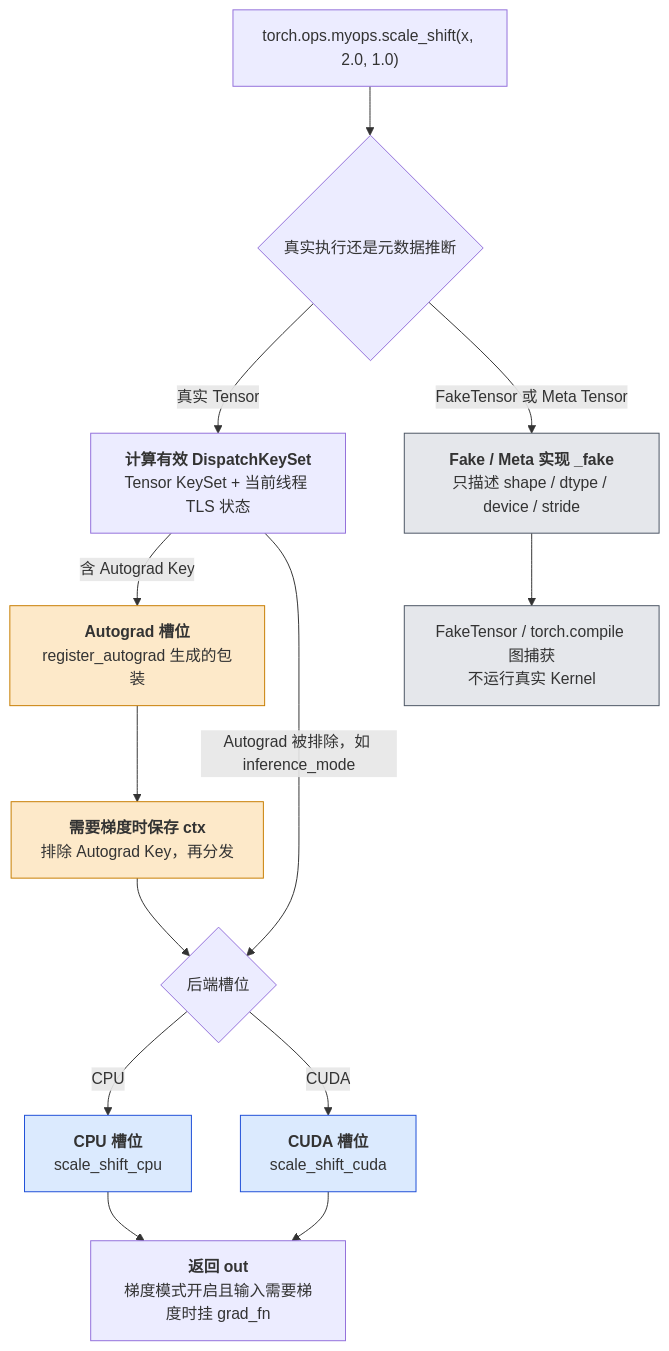
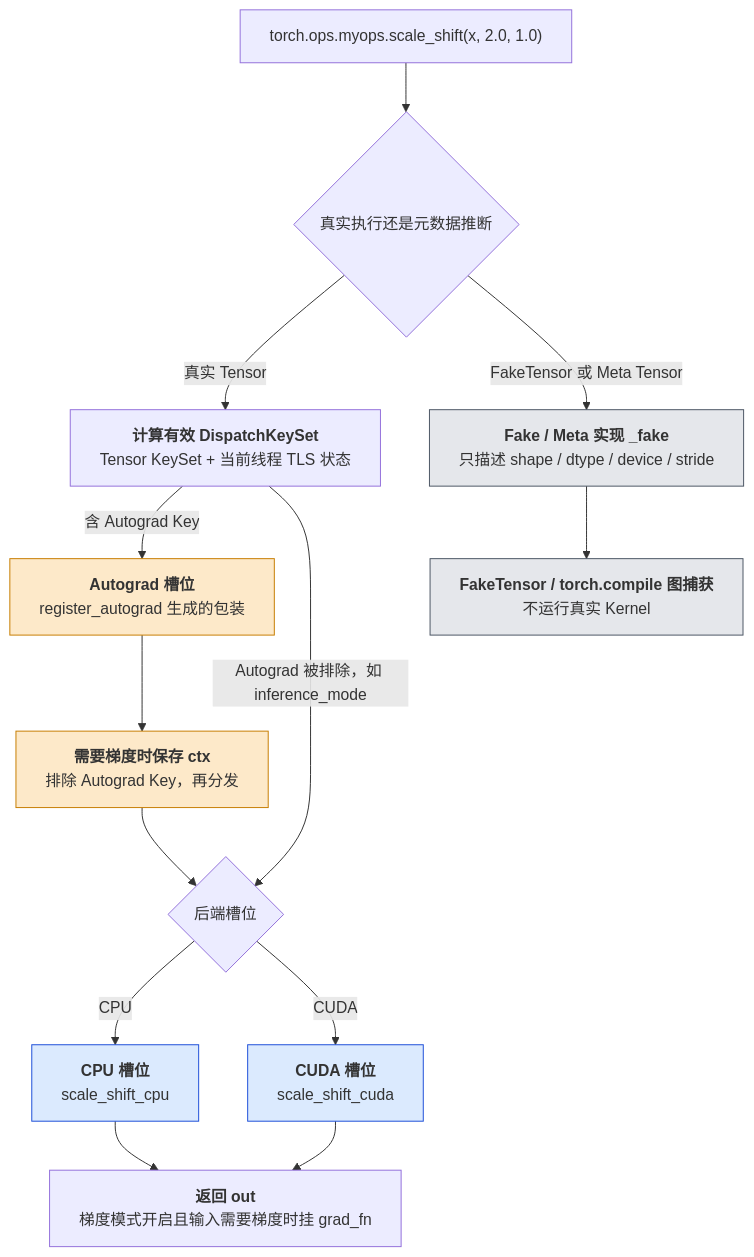
The sixth of 7 diagrams in _posts/2026-02-22-pytorch-cpp-extension-and-custom-operators.md (arganzheng/arganzheng.github.com), drawn with Mermaid before and after one commit. The commit also changed other lines of this file and 9 other files, not shown here.

First line of the commit message:
PyTorch 系列其余 9 篇：流程图方框改成「标题 + 列表」

````diff
--- a/_posts/2026-02-22-pytorch-cpp-extension-and-custom-operators.md
+++ b/_posts/2026-02-22-pytorch-cpp-extension-and-custom-operators.md
@@ -1265,29 +1265,30 @@
 ```mermaid
+%%{init: {"flowchart": {"wrappingWidth": 440}}}%%
 %% 图：完成后的 Operator Table：真实 Tensor 的 Autograd 与后端分发、Fake / Meta 的元数据推断
 flowchart TB
     IN["torch.ops.myops.scale_shift(x, 2.0, 1.0)"]
     MODE{"真实执行还是元数据推断"}
     KS["<b>计算有效 DispatchKeySet</b><br/>Tensor KeySet + 当前线程 TLS 状态"]
     AGS["<b>Autograd 槽位</b><br/>register_autograd 生成的包装"]
     STRIP["<b>需要梯度时保存 ctx</b><br/>排除 Autograd Key，再分发"]
     SEL{"后端槽位"}
     CPUS["<b>CPU 槽位</b><br/>scale_shift_cpu"]
     CUDAS["<b>CUDA 槽位</b><br/>scale_shift_cuda"]
     METAS["<b>Fake / Meta 实现 _fake</b><br/>只描述 shape / dtype / device / stride"]
     OUT["<b>返回 out</b><br/>梯度模式开启且输入需要梯度时挂 grad_fn"]
-    OUT2["FakeTensor / torch.compile 图捕获<br/>不运行真实 Kernel"]
+    OUT2["<b>FakeTensor / torch.compile 图捕获</b><br/>不运行真实 Kernel"]
     IN --> MODE
     MODE -->|真实 Tensor| KS
     MODE -->|FakeTensor 或 Meta Tensor| METAS
     KS -->|含 Autograd Key| AGS --> STRIP --> SEL
     KS -->|Autograd 被排除，如 inference_mode| SEL
     SEL -->|CPU| CPUS --> OUT
     SEL -->|CUDA| CUDAS --> OUT
     METAS --> OUT2
     classDef auto fill:#fde9c9,stroke:#c77d00;
     classDef backend fill:#dbeafe,stroke:#1d4ed8;
     classDef meta fill:#e5e7eb,stroke:#4b5563;
     class AGS,STRIP auto;
     class CPUS,CUDAS backend;
     class METAS,OUT2 meta;
 ```
````
